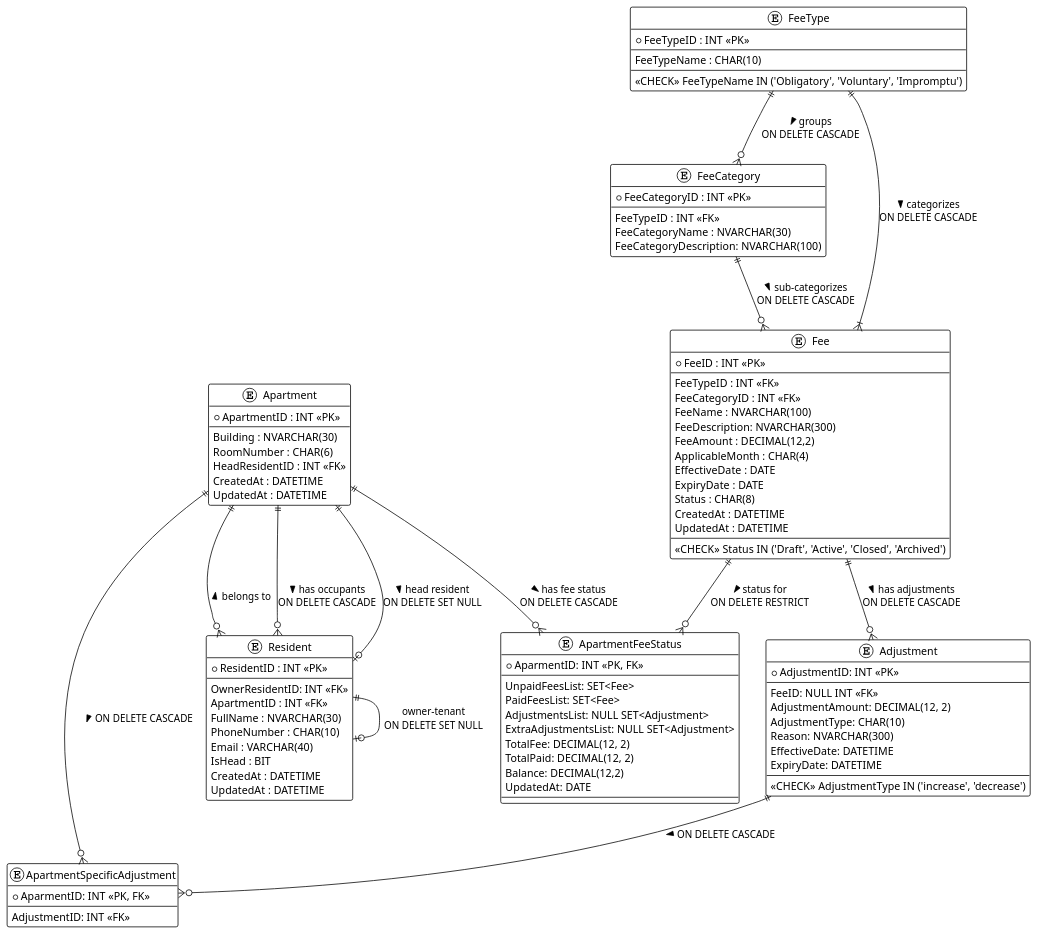
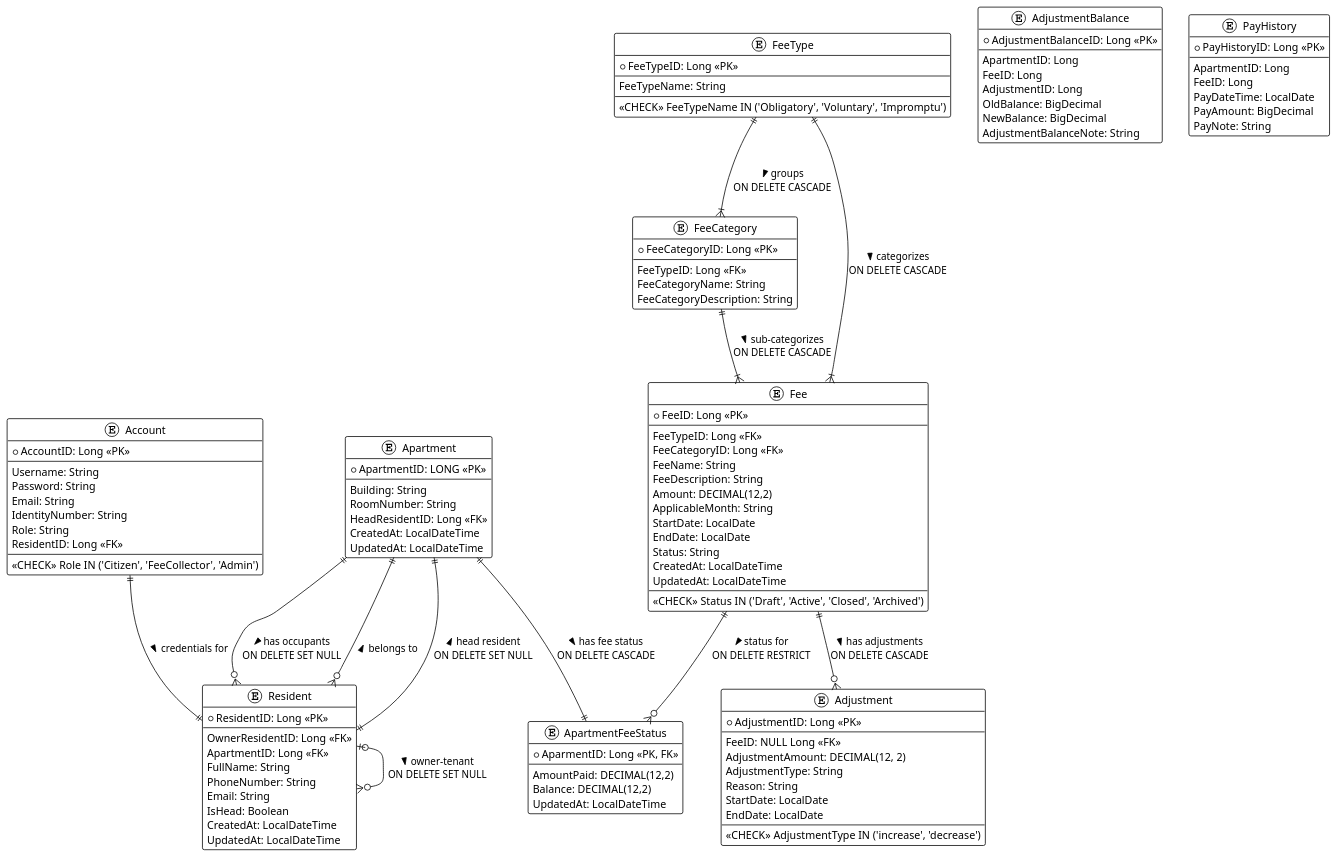
Before and after one commit to khoatran18/BluemoonManagement: the diagram in docs/sprint1/er_diagram.puml, drawn with PlantUML. The commit also changed 2 other files, not shown here.

```diff
--- a/docs/sprint1/er_diagram.puml
+++ b/docs/sprint1/er_diagram.puml
@@ -1,114 +1,137 @@
-@startuml name "db"
+@startuml
 !theme plain
 
 entity "Apartment" as Apartment {
-  + ApartmentID : INT <<PK>>
+  + ApartmentID: LONG <<PK>>
   --
-  Building : NVARCHAR(30)
-  RoomNumber : CHAR(6)
-  HeadResidentID : INT <<FK>>
-  CreatedAt : DATETIME
-  UpdatedAt : DATETIME
+  Building: String
+  RoomNumber: String
+  HeadResidentID: Long <<FK>>
+  CreatedAt: LocalDateTime
+  UpdatedAt: LocalDateTime
 }
 
 entity "Resident" as Resident {
-  + ResidentID : INT <<PK>>
+  + ResidentID: Long <<PK>>
   --
-  OwnerResidentID: INT <<FK>>
-  ApartmentID : INT <<FK>>
-  FullName : NVARCHAR(30)
-  PhoneNumber : CHAR(10)
-  Email : VARCHAR(40)
-  IsHead : BIT
-  CreatedAt : DATETIME
-  UpdatedAt : DATETIME
+  OwnerResidentID: Long <<FK>>
+  ApartmentID: Long <<FK>>
+  FullName: String
+  PhoneNumber: String
+  Email: String
+  IsHead: Boolean
+  CreatedAt: LocalDateTime
+  UpdatedAt: LocalDateTime
 }
 
 entity "FeeType" as FeeType {
-  + FeeTypeID : INT <<PK>>
+  + FeeTypeID: Long <<PK>>
   --
-  FeeTypeName : CHAR(10)
+  FeeTypeName: String
   --
   <<CHECK>> FeeTypeName IN ('Obligatory', 'Voluntary', 'Impromptu')
 }
 
 entity "FeeCategory" as FeeCategory {
-  + FeeCategoryID : INT <<PK>>
+  + FeeCategoryID: Long <<PK>>
   --
-  FeeTypeID : INT <<FK>>
-  FeeCategoryName : NVARCHAR(30)
-  FeeCategoryDescription: NVARCHAR(100)
+  FeeTypeID: Long <<FK>>
+  FeeCategoryName: String
+  FeeCategoryDescription: String
 }
 
 entity "Fee" as Fee {
-  + FeeID : INT <<PK>>
+  + FeeID: Long <<PK>>
   --
-  FeeTypeID : INT <<FK>>
-  FeeCategoryID : INT <<FK>>
-  FeeName : NVARCHAR(100)
-  FeeDescription: NVARCHAR(300)
-  FeeAmount : DECIMAL(12,2)
-  ApplicableMonth : CHAR(4)
-  EffectiveDate : DATE
-  ExpiryDate : DATE
-  Status : CHAR(8)
-  CreatedAt : DATETIME
-  UpdatedAt : DATETIME
+  FeeTypeID: Long <<FK>>
+  FeeCategoryID: Long <<FK>>
+  FeeName: String
+  FeeDescription: String
+  Amount: DECIMAL(12,2)
+  ApplicableMonth: String
+  StartDate: LocalDate
+  EndDate: LocalDate
+  Status: String
+  CreatedAt: LocalDateTime
+  UpdatedAt: LocalDateTime
   --
    <<CHECK>> Status IN ('Draft', 'Active', 'Closed', 'Archived')
 }
 
 
 entity "ApartmentFeeStatus" as ApartmentFeeStatus{
-  + AparmentID: INT <<PK, FK>>
+  + AparmentID: Long <<PK, FK>>
   --
-  UnpaidFeesList: SET<Fee>
-  PaidFeesList: SET<Fee>
-  AdjustmentsList: NULL SET<Adjustment>
-  ExtraAdjustmentsList: NULL SET<Adjustment>
-  TotalFee: DECIMAL(12, 2)
-  TotalPaid: DECIMAL(12, 2)
+  AmountPaid: DECIMAL(12,2)
   Balance: DECIMAL(12,2)
-  UpdatedAt: DATE
-  --
+  UpdatedAt: LocalDateTime
 }
 
 entity "Adjustment" as Adjustment{
-  + AdjustmentID: INT <<PK>>
+  + AdjustmentID: Long <<PK>>
   --
-  FeeID: NULL INT <<FK>>
+  FeeID: NULL Long <<FK>>
   AdjustmentAmount: DECIMAL(12, 2)
-  AdjustmentType: CHAR(10)
-  Reason: NVARCHAR(300)
-  EffectiveDate: DATETIME
-  ExpiryDate: DATETIME
+  AdjustmentType: String
+  Reason: String
+  StartDate: LocalDate
+  EndDate: LocalDate
   --
   <<CHECK>> AdjustmentType IN ('increase', 'decrease')
 }
 
-entity "ApartmentSpecificAdjustment" as ApartmentSpecificAdjustment{
-  + AparmentID: INT <<PK, FK>>
+entity "AdjustmentBalance" as AdjustmentBalance{
+  + AdjustmentBalanceID: Long <<PK>>
   --
-  AdjustmentID: INT <<FK>>
+  ApartmentID: Long
+  FeeID: Long
+  AdjustmentID: Long
+  OldBalance: BigDecimal
+  NewBalance: BigDecimal
+  AdjustmentBalanceNote: String
 }
+
+entity "PayHistory" as PayHistory{
+  + PayHistoryID: Long <<PK>>
+  --
+  ApartmentID: Long
+  FeeID: Long
+  PayDateTime: LocalDate
+  PayAmount: BigDecimal
+  PayNote: String
+}
+
+entity "Account" as Account{
+  + AccountID: Long <<PK>>
+  --
+  Username: String
+  Password: String
+  Email: String
+  IdentityNumber: String
+  Role: String
+  ResidentID: Long <<FK>>
+  --
+  <<CHECK>> Role IN ('Citizen', 'FeeCollector', 'Admin')
+}
+
 
 '--------------------------
 ' Relationships + Constraints
 '--------------------------
 
-Apartment ||--o{ Resident : "has occupants >\nON DELETE CASCADE"
+Apartment ||--o{ Resident : "has occupants >\nON DELETE SET NULL"
 Resident }o--|| Apartment : "belongs to >"
-Resident ||--o| Resident: "owner-tenant\nON DELETE SET NULL"
-Apartment ||--o| Resident : "head resident >\nON DELETE SET NULL"
+Resident |o--o{ Resident: "owner-tenant >\nON DELETE SET NULL"
+Resident ||--|| Apartment : "head resident >\nON DELETE SET NULL"
 
 FeeType ||--|{ Fee : "categorizes >\nON DELETE CASCADE"
-FeeType ||--o{ FeeCategory : "groups >\nON DELETE CASCADE"
-FeeCategory ||--o{ Fee : "sub-categorizes >\nON DELETE CASCADE"
+FeeType ||--|{ FeeCategory : "groups >\nON DELETE CASCADE"
+FeeCategory ||--|{ Fee : "sub-categorizes >\nON DELETE CASCADE"
 
-Apartment ||--o{ ApartmentFeeStatus : "has fee status >\nON DELETE CASCADE"
+Apartment ||--|| ApartmentFeeStatus : "has fee status >\nON DELETE CASCADE"
 Fee ||--o{ ApartmentFeeStatus : "status for >\nON DELETE RESTRICT"
 Fee ||--o{ Adjustment : "has adjustments >\nON DELETE CASCADE"
-Apartment ||--o{ ApartmentSpecificAdjustment : "ON DELETE CASCADE >"
-Adjustment ||--o{ ApartmentSpecificAdjustment : "ON DELETE CASCADE >"
+
+Account ||--|| Resident : "credentials for >"
 
 @enduml
```
